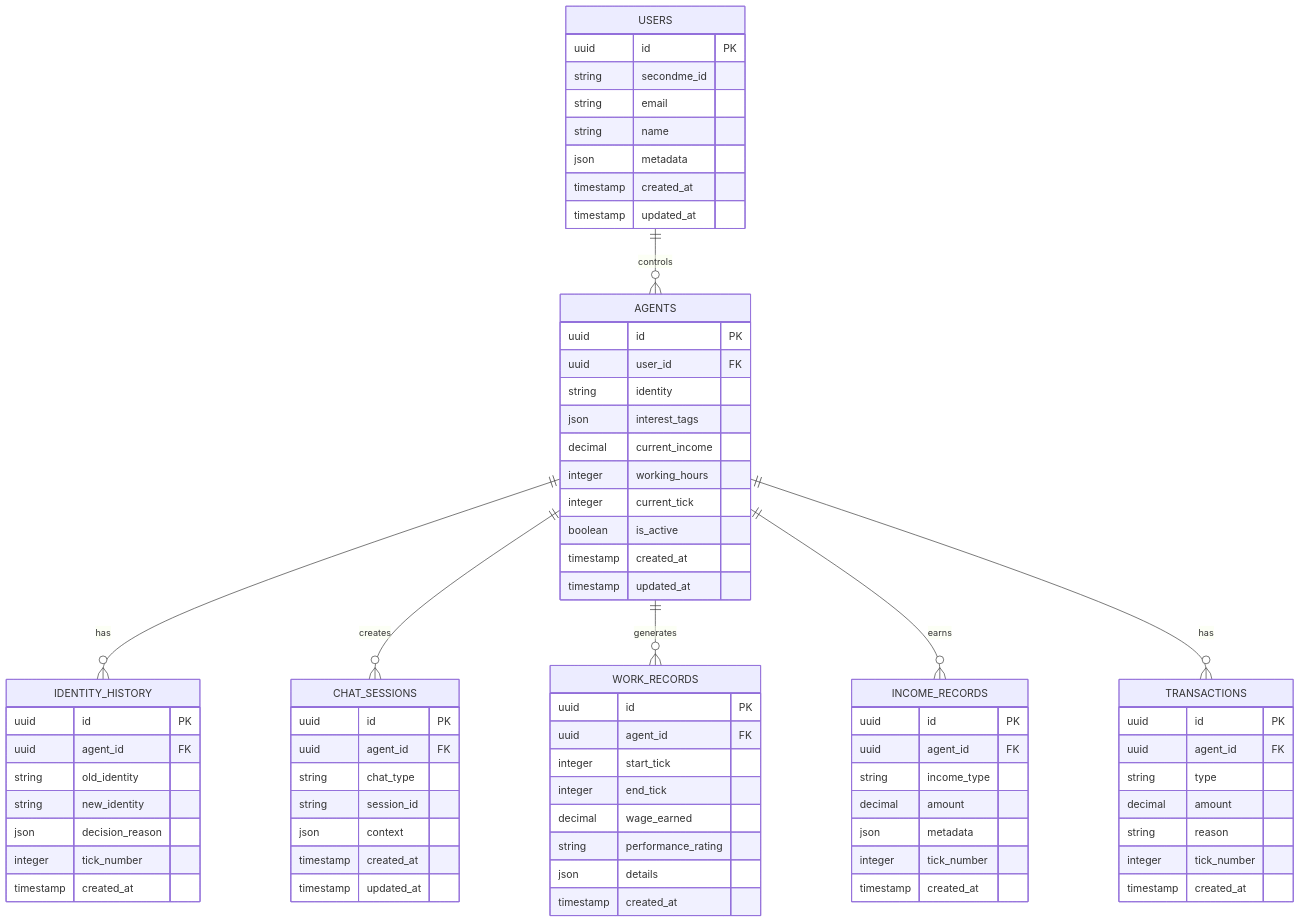
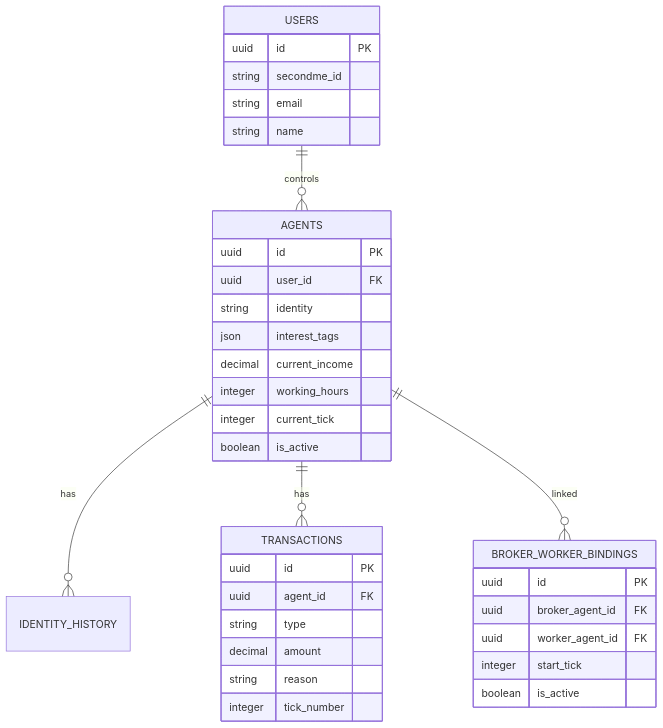
One commit to Terencesun/hackathon-202602 changed the fourth of 4 diagrams in .trae/documents/secondme-a2a-simulation-tech.md. Above: the diagram before and after it, drawn with Mermaid. The commit also changed other lines of this file and 10 other files, not shown here.

````diff
--- a/.trae/documents/secondme-a2a-simulation-tech.md
+++ b/.trae/documents/secondme-a2a-simulation-tech.md
@@ -256,19 +179,14 @@
 erDiagram
     USERS ||--o{ AGENTS : controls
     AGENTS ||--o{ IDENTITY_HISTORY : has
-    AGENTS ||--o{ CHAT_SESSIONS : creates
-    AGENTS ||--o{ WORK_RECORDS : generates
-    AGENTS ||--o{ INCOME_RECORDS : earns
     AGENTS ||--o{ TRANSACTIONS : has
+    AGENTS ||--o{ BROKER_WORKER_BINDINGS : linked
     
     USERS {
         uuid id PK
         string secondme_id
         string email
         string name
-        json metadata
-        timestamp created_at
-        timestamp updated_at
     }
     
     AGENTS {
@@ -280,49 +198,6 @@
         integer working_hours
         integer current_tick
         boolean is_active
-        timestamp created_at
-        timestamp updated_at
-    }
-    
-    IDENTITY_HISTORY {
-        uuid id PK
-        uuid agent_id FK
-        string old_identity
-        string new_identity
-        json decision_reason
-        integer tick_number
-        timestamp created_at
-    }
-    
-    CHAT_SESSIONS {
-        uuid id PK
-        uuid agent_id FK
-        string chat_type
-        string session_id
-        json context
-        timestamp created_at
-        timestamp updated_at
-    }
-    
-    WORK_RECORDS {
-        uuid id PK
-        uuid agent_id FK
-        integer start_tick
-        integer end_tick
-        decimal wage_earned
-        string performance_rating
-        json details
-        timestamp created_at
-    }
-    
-    INCOME_RECORDS {
-        uuid id PK
-        uuid agent_id FK
-        string income_type
-        decimal amount
-        json metadata
-        integer tick_number
-        timestamp created_at
     }
     
     TRANSACTIONS {
@@ -332,10 +207,13 @@
         decimal amount
         string reason
         integer tick_number
-        timestamp created_at
     }
     
-
-    
-
+    BROKER_WORKER_BINDINGS {
+        uuid id PK
+        uuid broker_agent_id FK
+        uuid worker_agent_id FK
+        integer start_tick
+        boolean is_active
+    }
 ```
````
